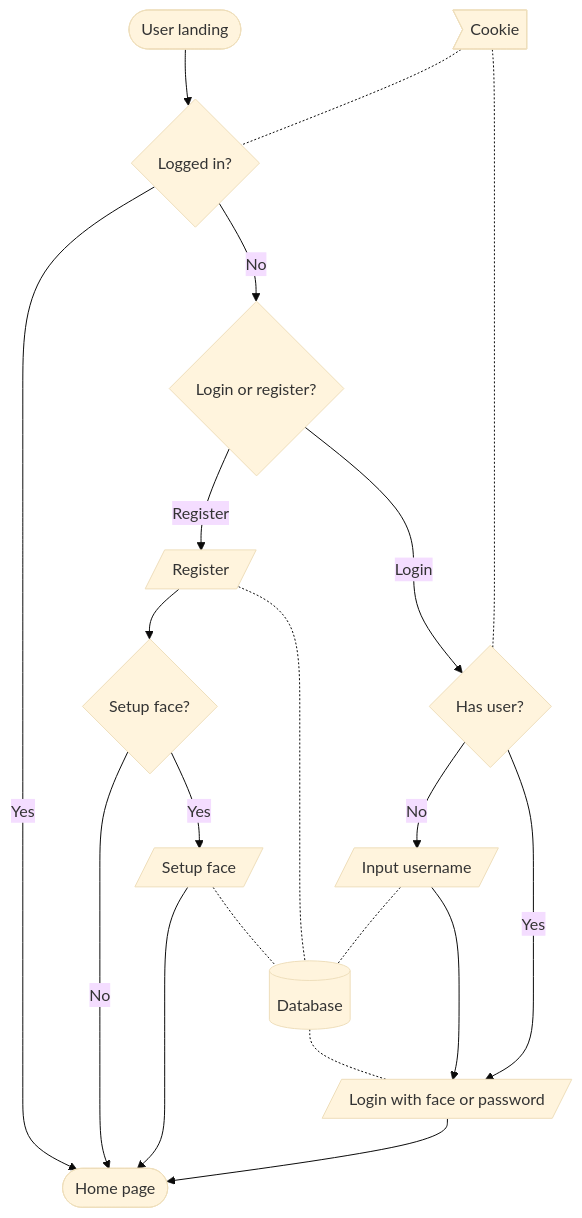
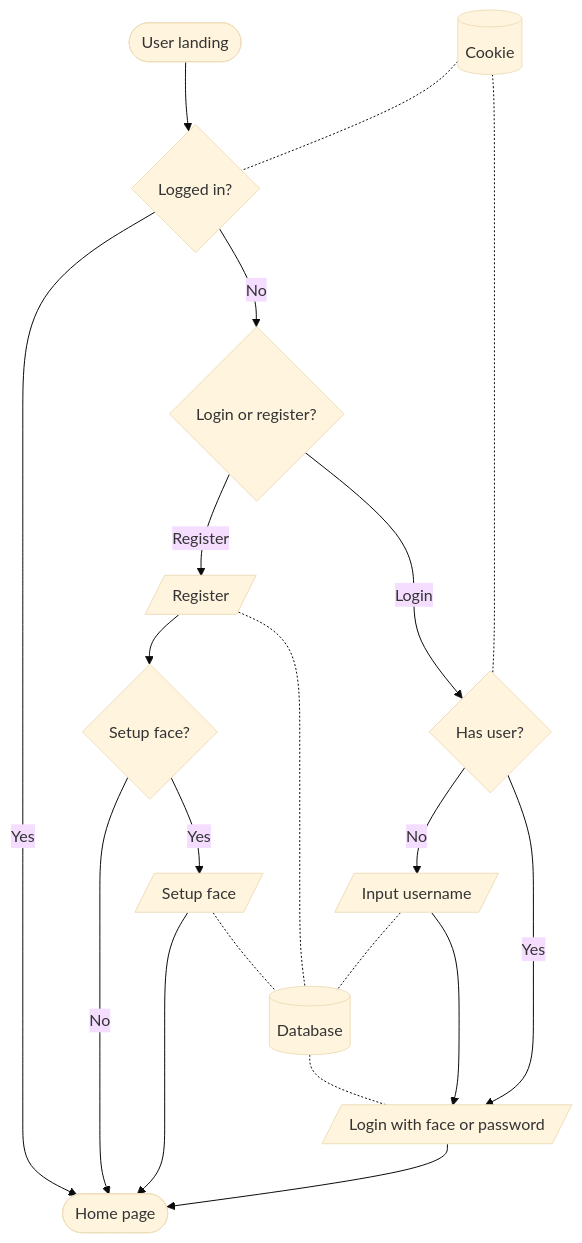
Before and after one commit to LioQing/comp3278-icms: the first of 2 diagrams in README.md, drawn with Mermaid (base theme). The commit also changed other lines of this file, not shown here.

Commit message:
Update system flows

````diff
--- a/README.md
+++ b/README.md
@@ -47,30 +47,30 @@
 ```mermaid
 flowchart TD
     landing([User landing]) --> loggedIn{Logged in?}
 
     loggedIn -- Yes --> home([Home page])
     loggedIn -- No --> loginOrRegister{Login or register?}
 
     loginOrRegister -- Login --> hasUser{Has user?}
     loginOrRegister -- Register --> register[/Register/]
     
     database[(Database)]
     setupFace -.- database
     register -.- database
     database -.- login
     inputUsername -.- database
 
     hasUser -- No --> inputUsername[/Input username/]
     inputUsername --> login
     hasUser -- Yes --> login[/Login with face or password/]
 
     register --> setupFaceQ{Setup face?}
     setupFaceQ -- Yes --> setupFace[/Setup face/]
     setupFaceQ -- No --> home
     setupFace --> home
 
-    cookie>Cookie] -.- loggedIn
+    cookie[(Cookie)] -.- loggedIn
     cookie -.- hasUser
 
     login --> home
 ```
````
